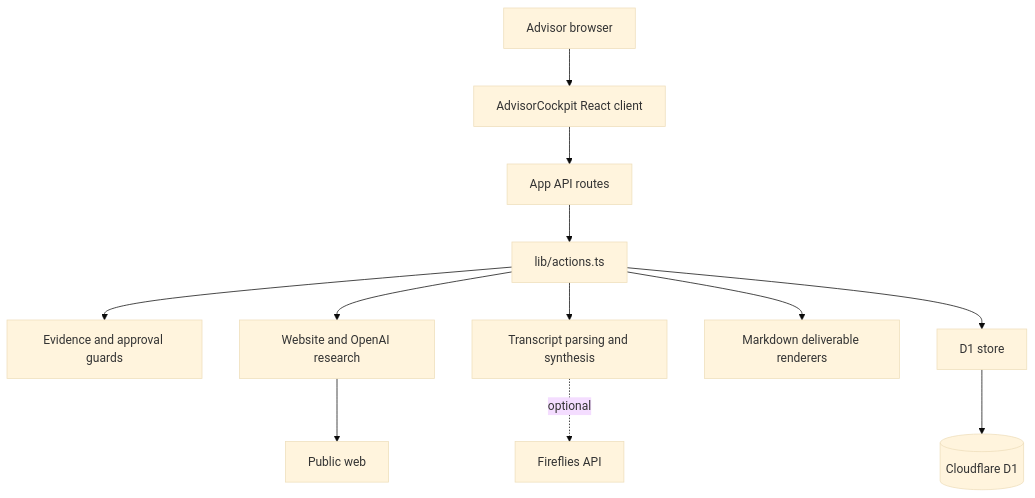
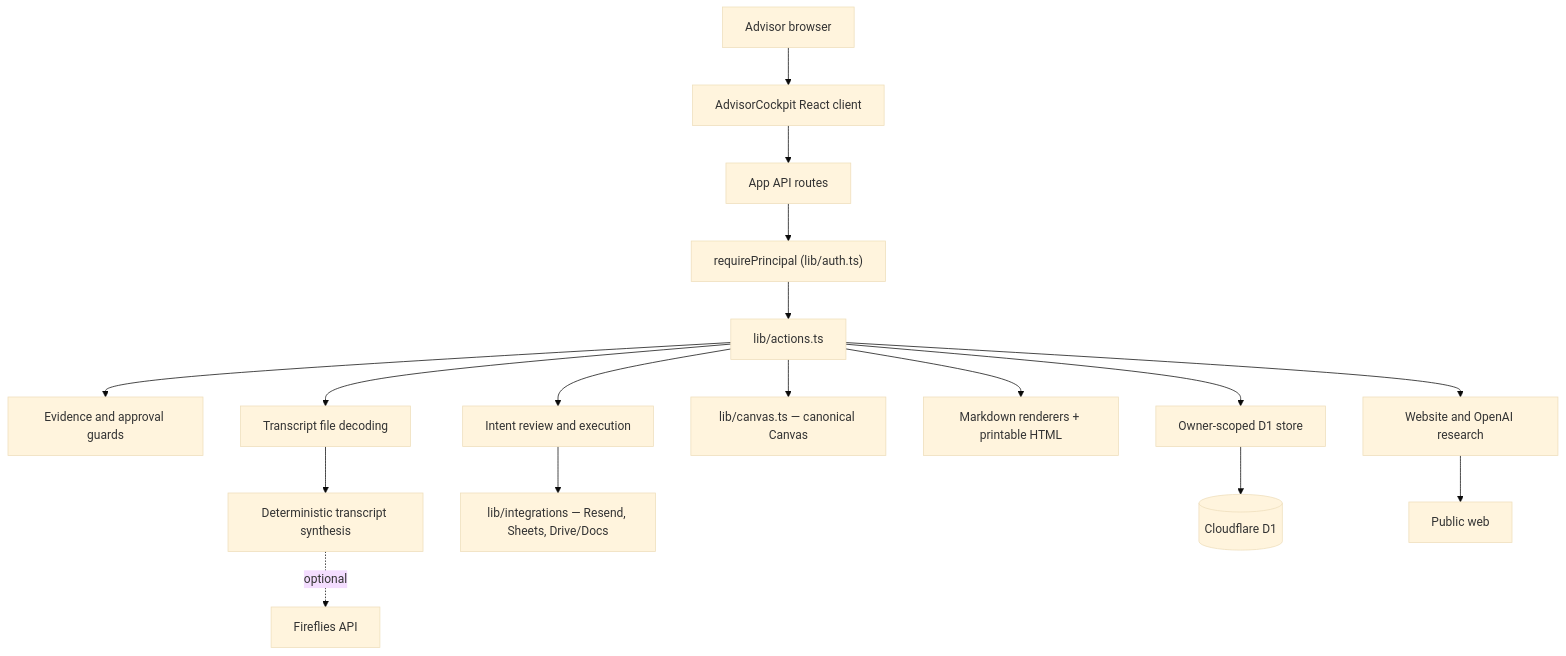
The first of 3 diagrams in openwiki/architecture/system-overview.md (mattrob333/ConstraintAudit), drawn with Mermaid (base theme) before and after one commit. The commit also changed other lines of this file and 14 other files, not shown here.

````diff
--- a/openwiki/architecture/system-overview.md
+++ b/openwiki/architecture/system-overview.md
@@ -14,14 +14,19 @@
 ```mermaid
 flowchart TB
     Browser["Advisor browser"] --> UI["AdvisorCockpit React client"]
     UI --> API["App API routes"]
-    API --> Actions["lib/actions.ts"]
+    API --> Auth["requirePrincipal (lib/auth.ts)"]
+    Auth --> Actions["lib/actions.ts"]
     Actions --> Guards["Evidence and approval guards"]
     Actions --> Research["Website and OpenAI research"]
-    Actions --> Transcript["Transcript parsing and synthesis"]
-    Actions --> Docs["Markdown deliverable renderers"]
-    Actions --> Store["D1 store"]
+    Actions --> Files["Transcript file decoding"]
+    Files --> Transcript["Deterministic transcript synthesis"]
+    Actions --> Canvas["lib/canvas.ts — canonical Canvas"]
+    Actions --> Docs["Markdown renderers + printable HTML"]
+    Actions --> Intents["Intent review and execution"]
+    Intents --> Adapters["lib/integrations — Resend, Sheets, Drive/Docs"]
+    Actions --> Store["Owner-scoped D1 store"]
     Store --> DB[("Cloudflare D1")]
     Research --> Web["Public web"]
     Transcript -. optional .-> Fireflies["Fireflies API"]
 ```
````
